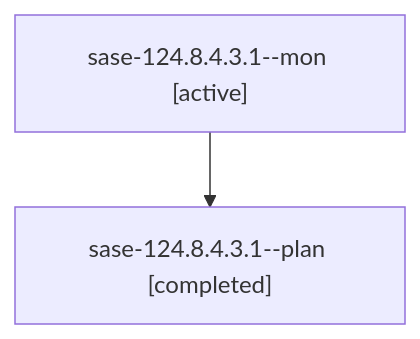
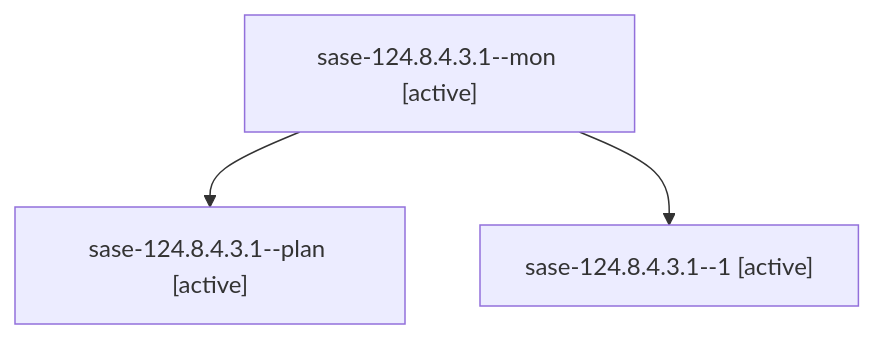
The diagram in families/bbugyi200.athena.sase-124.8.4.3.1.md (sase-org/sase--agents), drawn with Mermaid before and after one commit. The commit also changed other lines of this file and 35830 other files, not shown here.

````diff
--- a/families/bbugyi200.athena.sase-124.8.4.3.1.md
+++ b/families/bbugyi200.athena.sase-124.8.4.3.1.md
@@ -9,6 +9,8 @@
 ```mermaid
 flowchart TD
   n0["sase-124.8.4.3.1--mon [active]"]
-  n1["sase-124.8.4.3.1--plan [completed]"]
+  n1["sase-124.8.4.3.1--plan [active]"]
   n0 --> n1
+  n2["sase-124.8.4.3.1--1 [active]"]
+  n0 --> n2
 ```
````
